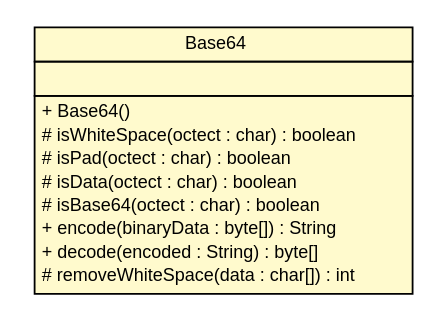
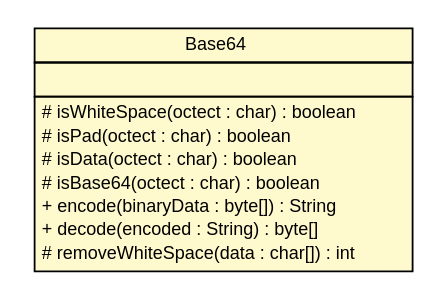
Before and after one commit to jomarmar/jf-serializer: the diagram in docs/jf-serializer/apidocs/org/fringe/jf/json/internal/util/Base64.dot, drawn with Graphviz. The commit also changed 93 other files, not shown here.

```diff
--- a/docs/jf-serializer/apidocs/org/fringe/jf/json/internal/util/Base64.dot
+++ b/docs/jf-serializer/apidocs/org/fringe/jf/json/internal/util/Base64.dot
@@ -1,31 +1,30 @@
 #!/usr/local/bin/dot
 #
 # Class diagram 
 # Generated by UMLGraph version R5_6 (http://www.umlgraph.org/)
 #
 
 digraph G {
 	edge [fontname="Helvetica",fontsize=10,labelfontname="Helvetica",labelfontsize=10];
 	node [fontname="Helvetica",fontsize=10,shape=plaintext];
 	nodesep=0.25;
 	ranksep=0.5;
 	// org.fringe.jf.json.internal.util.Base64
 	c63 [label=<<table title="org.fringe.jf.json.internal.util.Base64" border="0" cellborder="1" cellspacing="0" cellpadding="2" port="p" bgcolor="lemonChiffon" href="./Base64.html">
 		<tr><td><table border="0" cellspacing="0" cellpadding="1">
 <tr><td align="center" balign="center"> Base64 </td></tr>
 		</table></td></tr>
 		<tr><td><table border="0" cellspacing="0" cellpadding="1">
 <tr><td align="left" balign="left">  </td></tr>
 		</table></td></tr>
 		<tr><td><table border="0" cellspacing="0" cellpadding="1">
-<tr><td align="left" balign="left"> + Base64() </td></tr>
 <tr><td align="left" balign="left"> # isWhiteSpace(octect : char) : boolean </td></tr>
 <tr><td align="left" balign="left"> # isPad(octect : char) : boolean </td></tr>
 <tr><td align="left" balign="left"> # isData(octect : char) : boolean </td></tr>
 <tr><td align="left" balign="left"> # isBase64(octect : char) : boolean </td></tr>
 <tr><td align="left" balign="left"> + encode(binaryData : byte[]) : String </td></tr>
 <tr><td align="left" balign="left"> + decode(encoded : String) : byte[] </td></tr>
 <tr><td align="left" balign="left"> # removeWhiteSpace(data : char[]) : int </td></tr>
 		</table></td></tr>
 		</table>>, URL="./Base64.html", fontname="Helvetica", fontcolor="black", fontsize=10.0];
 }
```
